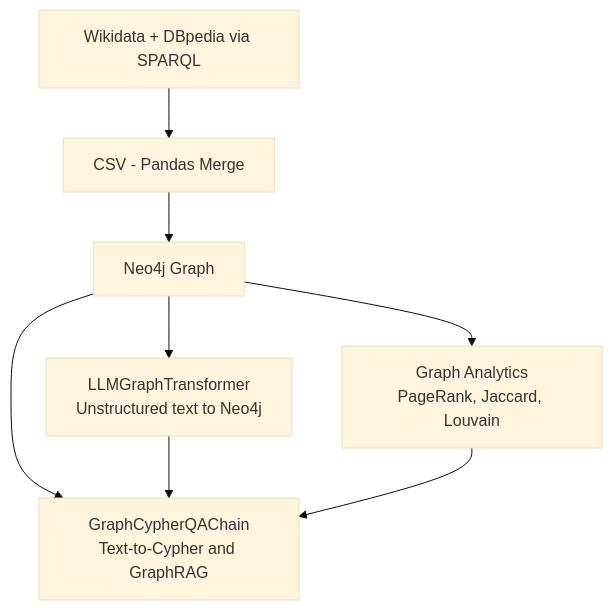
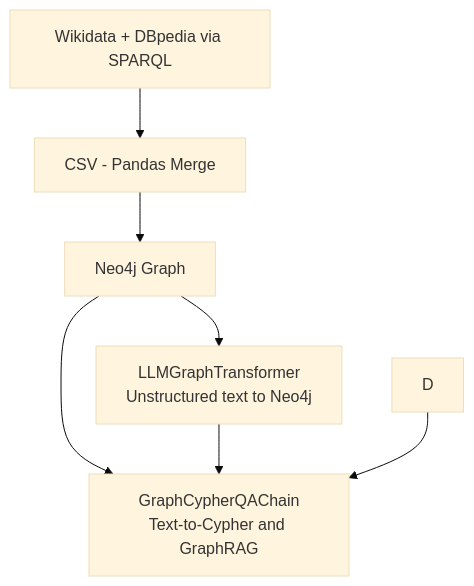
The diagram in README.md (khalilash/geopolitical-knowledge-graph-neo4j), drawn with Mermaid (base theme) before and after one commit. The commit also changed other lines of this file, not shown here.

````diff
--- a/README.md
+++ b/README.md
@@ -9,10 +9,9 @@
 ```mermaid
 flowchart TD
     A[Wikidata + DBpedia via SPARQL] --> B[CSV - Pandas Merge]
     B --> C[Neo4j Graph]
-    C --> D[Graph Analytics<br/>PageRank, Jaccard, Louvain]
     C --> E[GraphCypherQAChain<br/>Text-to-Cypher and GraphRAG]
     C --> F[LLMGraphTransformer<br/>Unstructured text to Neo4j]
     F --> E
     D --> E
 ```
````
